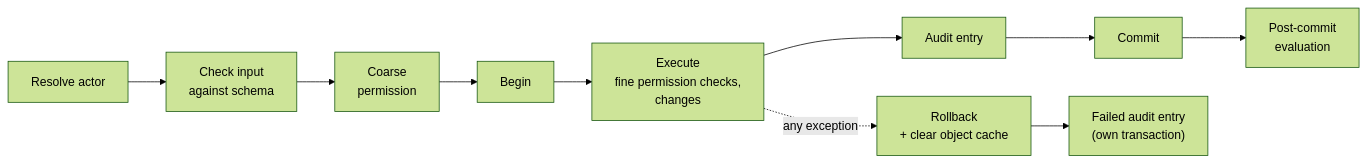
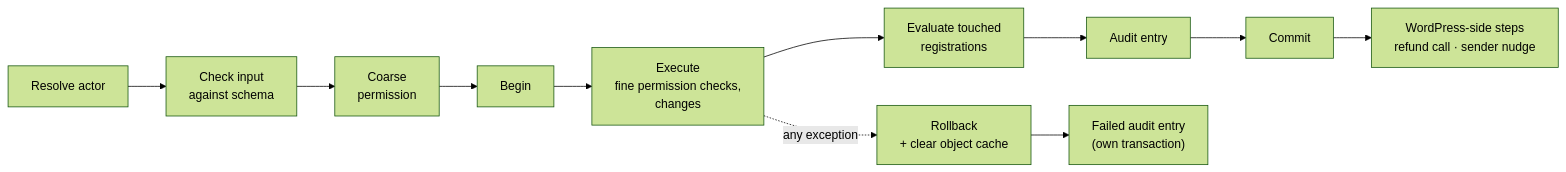
Before and after one commit to reformatus/kalaka: the second of 2 diagrams in docs/architecture/foundation.md, drawn with Mermaid (forest theme). The commit also changed other lines of this file and 8 other files, not shown here.

First line of the commit message:
Architecture: state model, evaluation in the transaction, and owner decisions

````diff
--- a/docs/architecture/foundation.md
+++ b/docs/architecture/foundation.md
@@ -96,6 +100,6 @@
 ```mermaid
 flowchart LR
   R["Resolve actor"] --> S["Check input<br/>against schema"] --> P["Coarse<br/>permission"] --> B["Begin"]
-  B --> X["Execute<br/>fine permission checks,<br/>changes"] --> AU["Audit entry"] --> C["Commit"] --> E["Post-commit<br/>evaluation"]
+  B --> X["Execute<br/>fine permission checks,<br/>changes"] --> EV["Evaluate touched<br/>registrations"] --> AU["Audit entry"] --> C["Commit"] --> W["WordPress-side steps<br/>refund call · sender nudge"]
   X -. "any exception" .-> RB["Rollback<br/>+ clear object cache"] --> FA["Failed audit entry<br/>(own transaction)"]
 ```
````
